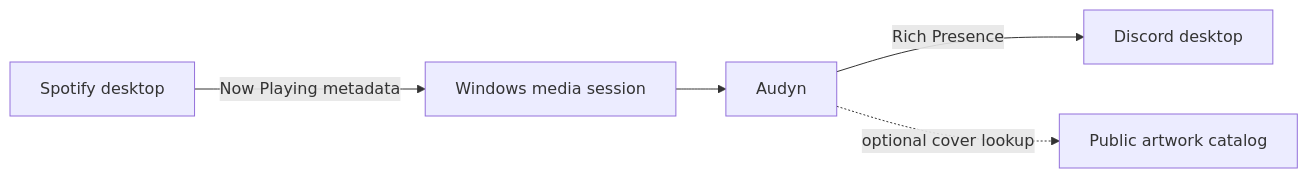
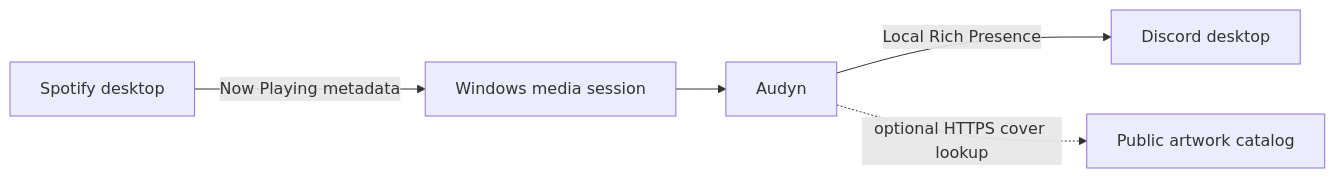
The diagram in README.md (rookeudev/AUDYN), drawn with Mermaid before and after one commit. The commit also changed other lines of this file and 3 other files, not shown here.

````diff
--- a/README.md
+++ b/README.md
@@ -84,7 +102,7 @@
 ```mermaid
 flowchart LR
     S["Spotify desktop"] -->|"Now Playing metadata"| W["Windows media session"]
     W --> A["Audyn"]
-    A -->|"Rich Presence"| D["Discord desktop"]
-    A -. "optional cover lookup" .-> C["Public artwork catalog"]
+    A -->|"Local Rich Presence"| D["Discord desktop"]
+    A -. "optional HTTPS cover lookup" .-> C["Public artwork catalog"]
 ```
````
